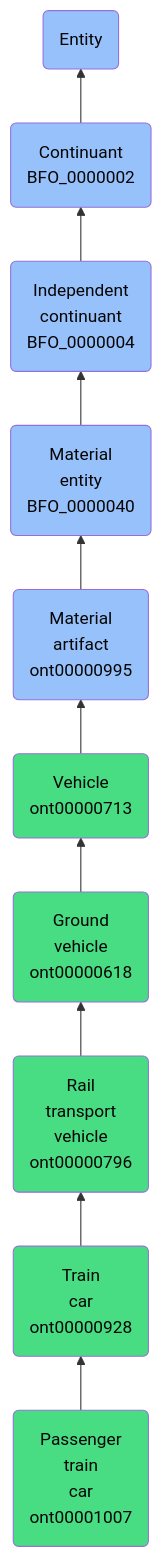
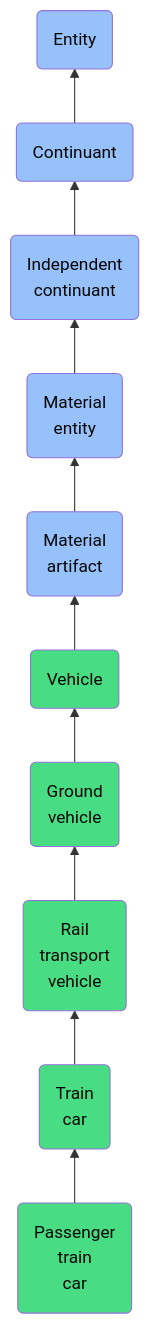
The diagram in docs/ontology/reference/model/Entity/Continuant/Independent continuant/Material entity/Material artifact/Vehicle/Ground vehicle/Rail transport vehicle/Train car/Passenger train car/Passenger train car.md (jupyter-naas/abi), drawn with Mermaid before and after one commit. The commit also changed other lines of this file and 1430 other files, not shown here.

````diff
--- a/docs/ontology/reference/model/Entity/Continuant/Independent continuant/Material entity/Material artifact/Vehicle/Ground vehicle/Rail transport vehicle/Train car/Passenger train car/Passenger train car.md
+++ b/docs/ontology/reference/model/Entity/Continuant/Independent continuant/Material entity/Material artifact/Vehicle/Ground vehicle/Rail transport vehicle/Train car/Passenger train car/Passenger train car.md
@@ -24,17 +24,17 @@
 ```mermaid
 graph BT
-    ont00001007(Passenger<br>train<br>car<br>ont00001007):::ABI-->ont00000928
-    ont00000928(Train<br>car<br>ont00000928):::ABI-->ont00000796
-    ont00000796(Rail<br>transport<br>vehicle<br>ont00000796):::ABI-->ont00000618
-    ont00000618(Ground<br>vehicle<br>ont00000618):::ABI-->ont00000713
-    ont00000713(Vehicle<br>ont00000713):::ABI-->ont00000995
-    ont00000995(Material<br>artifact<br>ont00000995):::BFO-->BFO_0000040
-    BFO_0000040(Material<br>entity<br>BFO_0000040):::BFO-->BFO_0000004
-    BFO_0000004(Independent<br>continuant<br>BFO_0000004):::BFO-->BFO_0000002
-    BFO_0000002(Continuant<br>BFO_0000002):::BFO-->BFO_0000001
+    ont00001007(Passenger<br>train<br>car):::ABI-->ont00000928
+    ont00000928(Train<br>car):::ABI-->ont00000796
+    ont00000796(Rail<br>transport<br>vehicle):::ABI-->ont00000618
+    ont00000618(Ground<br>vehicle):::ABI-->ont00000713
+    ont00000713(Vehicle):::ABI-->ont00000995
+    ont00000995(Material<br>artifact):::BFO-->BFO_0000040
+    BFO_0000040(Material<br>entity):::BFO-->BFO_0000004
+    BFO_0000004(Independent<br>continuant):::BFO-->BFO_0000002
+    BFO_0000002(Continuant):::BFO-->BFO_0000001
     BFO_0000001(Entity):::BFO
     
     classDef BFO fill:#97c1fb,color:#060606
     classDef CCO fill:#e4c51e,color:#060606
     classDef ABI fill:#48DD82,color:#060606
 ```
````
